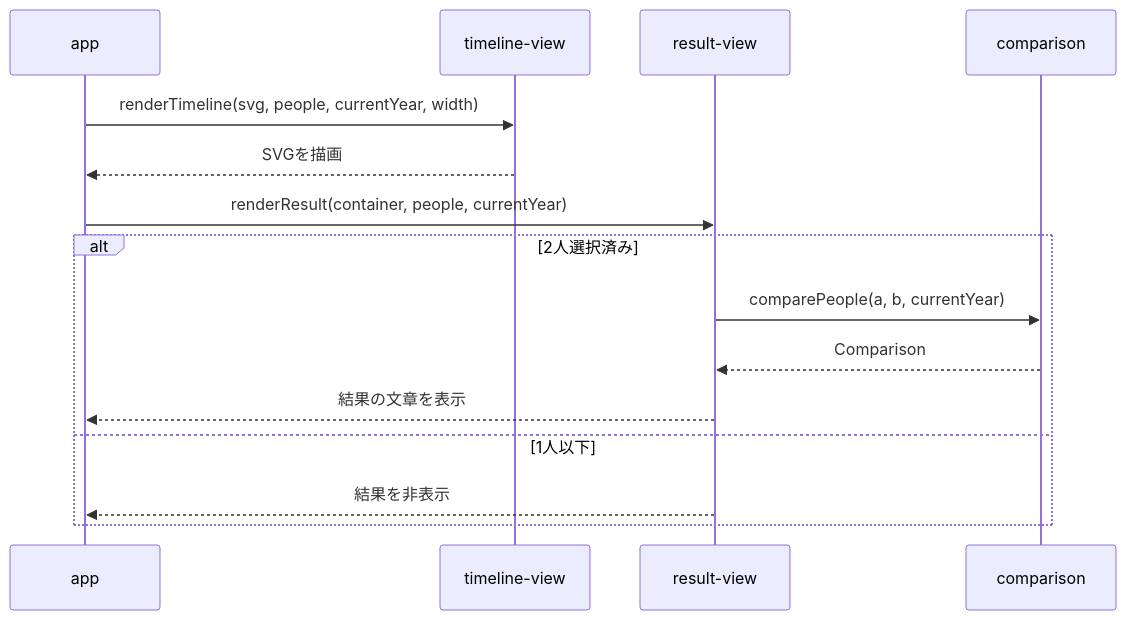
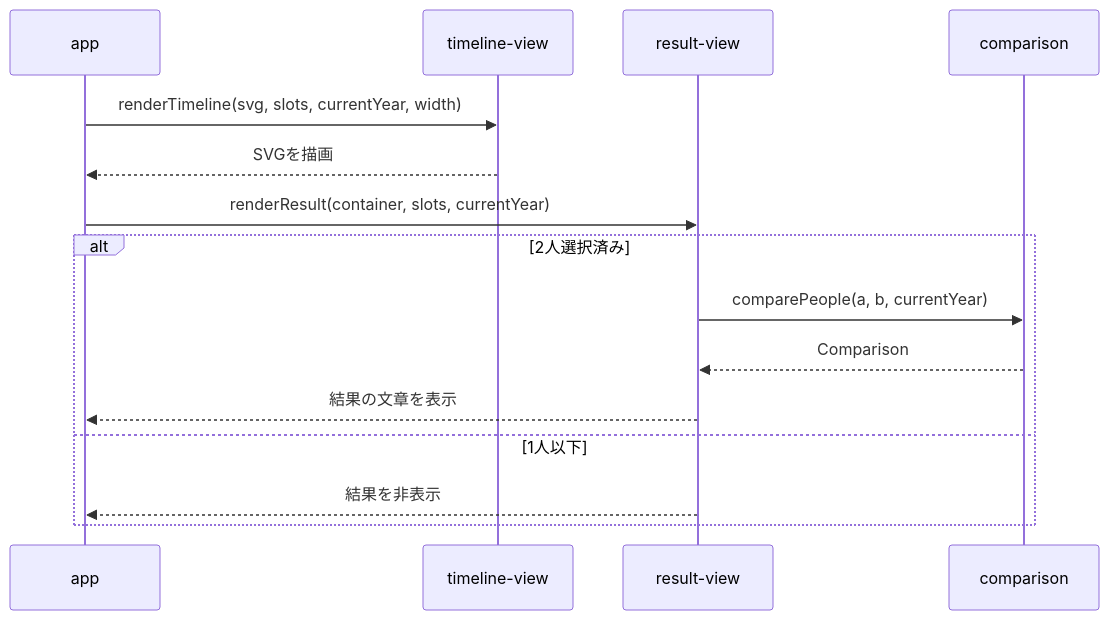
Before and after one commit to nogawa-asase/ijin-timeline: the fourth of 5 diagrams in docs/functional-design.md, drawn with Mermaid. The commit also changed other lines of this file and 49 other files, not shown here.

````diff
--- a/docs/functional-design.md
+++ b/docs/functional-design.md
@@ -347,18 +392,18 @@
 ```mermaid
 sequenceDiagram
     participant App as app
     participant Timeline as timeline-view
     participant Result as result-view
     participant Comp as comparison
 
-    App->>Timeline: renderTimeline(svg, people, currentYear, width)
+    App->>Timeline: renderTimeline(svg, slots, currentYear, width)
     Timeline-->>App: SVGを描画
-    App->>Result: renderResult(container, people, currentYear)
+    App->>Result: renderResult(container, slots, currentYear)
     alt 2人選択済み
         Result->>Comp: comparePeople(a, b, currentYear)
         Comp-->>Result: Comparison
         Result-->>App: 結果の文章を表示
     else 1人以下
         Result-->>App: 結果を非表示
     end
 ```
````
